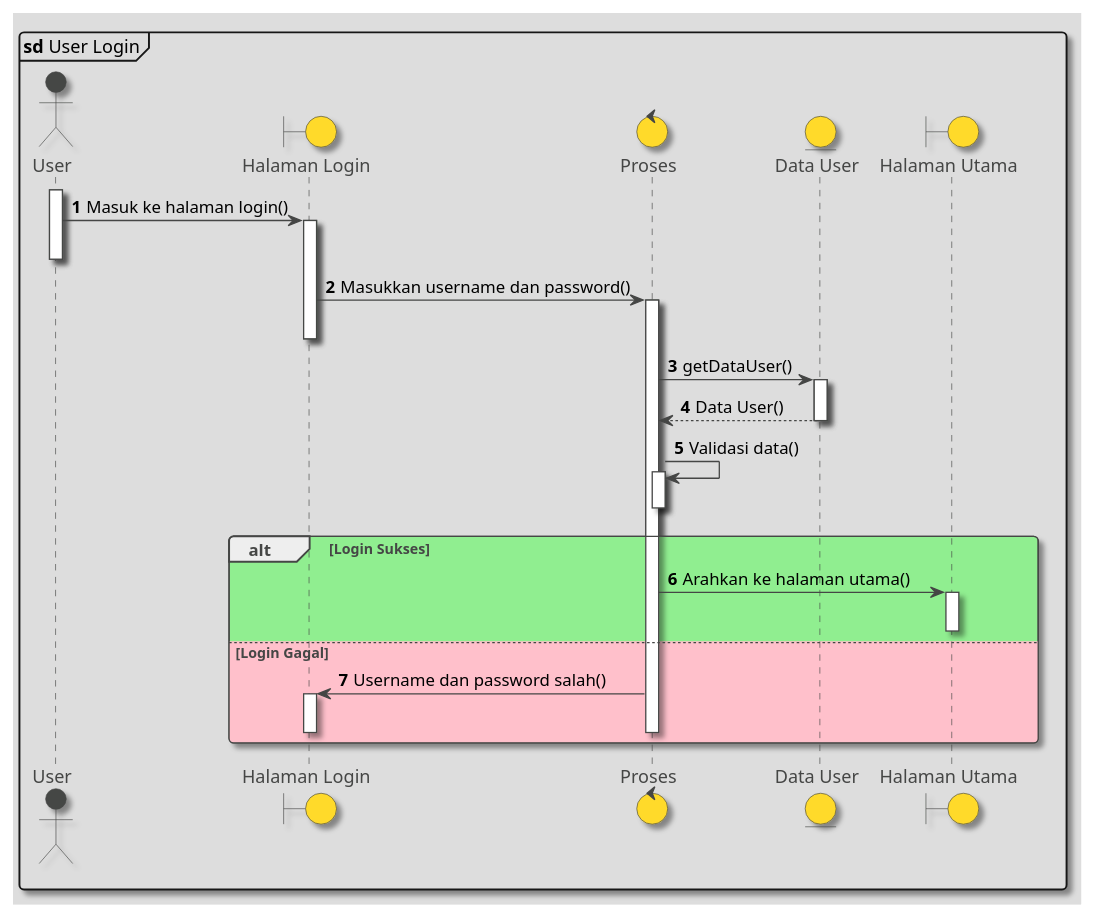
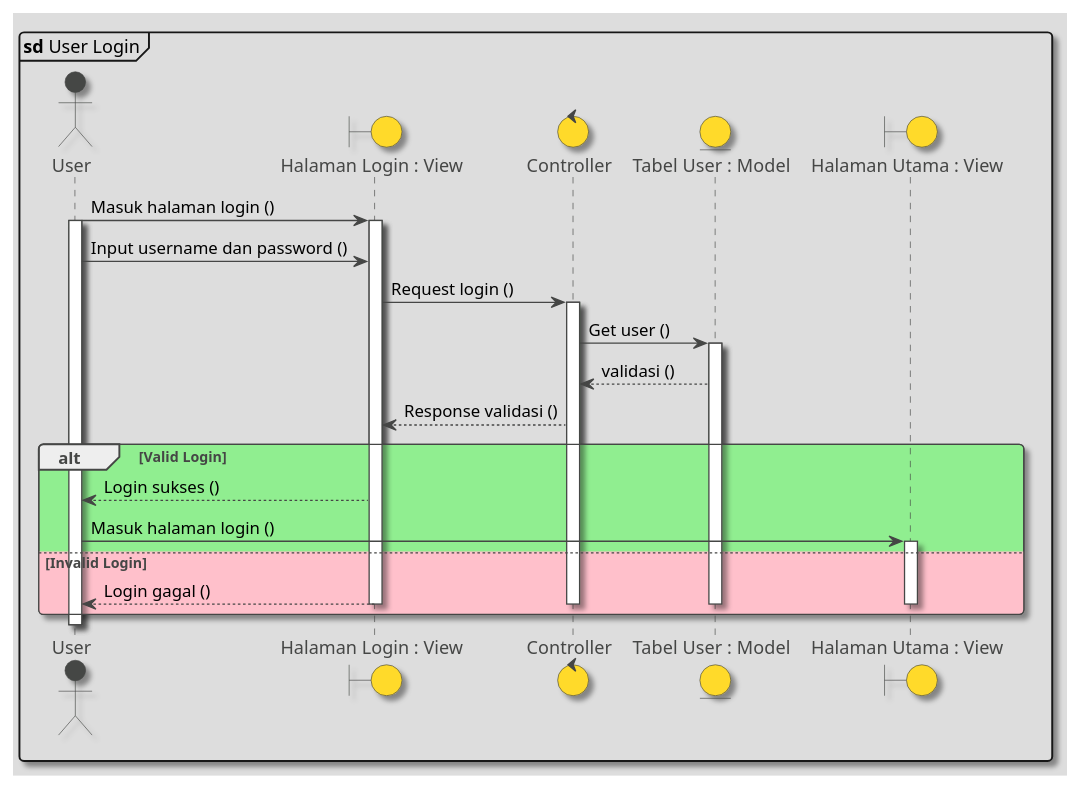
Before and after one commit to marlisumarli/hanger-scheduling: the diagram in Diagrams/SequenceDiagrams/Login.puml, drawn with PlantUML. The commit also changed 2 other files, not shown here.

```diff
--- a/Diagrams/SequenceDiagrams/Login.puml
+++ b/Diagrams/SequenceDiagrams/Login.puml
@@ -1,33 +1,34 @@
 @startuml
 
 !theme toy
 skinparam shadowing true
 mainframe **sd** User Login
-autonumber
 
 actor User
-boundary "Halaman Login" as halamanLogin
-control Proses
-entity "Data User" as dataUser
-boundary "Halaman Utama" as halamanUtama
+boundary "Halaman Login : View" as halamanLogin
+control Controller as controller
+entity "Tabel User : Model" as dataUser
+boundary "Halaman Utama : View" as halamanUtama
 
+User -> halamanLogin ++ : Masuk halaman login ()
 activate User
-User -> halamanLogin ++ : Masuk ke halaman login()
-deactivate User
-halamanLogin -> Proses ++ : Masukkan username dan password()
-deactivate halamanLogin
-Proses -> dataUser ++ : getDataUser()
-return Data User()
-deactivate dataUser
-Proses -> Proses ++ : Validasi data()
-deactivate Proses
-alt #lightgreen Login Sukses
-Proses -> halamanUtama ++ : Arahkan ke halaman utama()
-deactivate halamanUtama
-else #pink Login Gagal
-Proses -> halamanLogin ++ : Username dan password salah()
-deactivate halamanLogin
-deactivate Proses
+User -> halamanLogin : Input username dan password ()
+
+halamanLogin -> controller ++ : Request login ()
+controller -> dataUser ++ : Get user ()
+
+dataUser --> controller : validasi ()
+controller --> halamanLogin : Response validasi ()
+
+alt #lightgreen Valid Login
+halamanLogin --> User : Login sukses ()
+User -> halamanUtama ++ : Masuk halaman login ()
+else #pink Invalid Login
+halamanLogin --> User : Login gagal ()
+deactivate
+deactivate
+deactivate
+deactivate
 end
 
 @enduml
```
